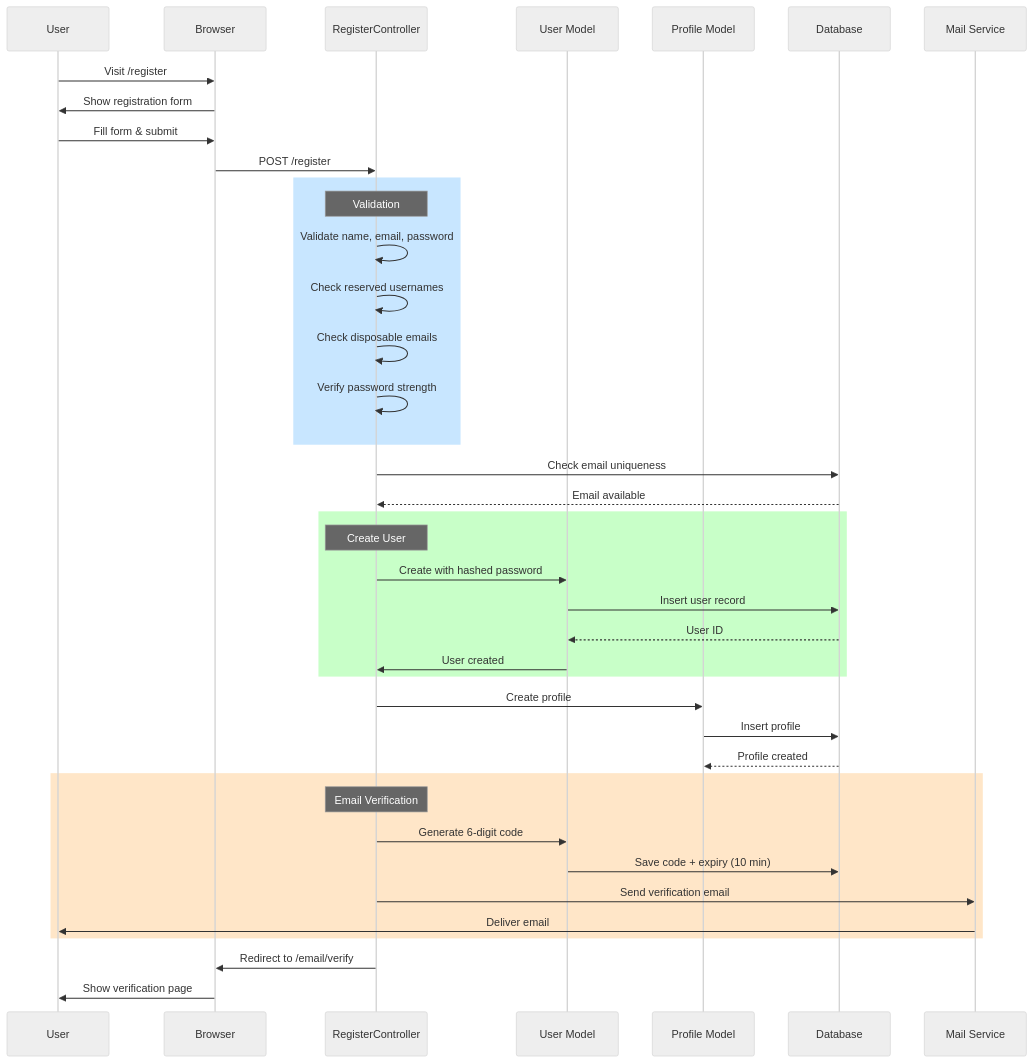
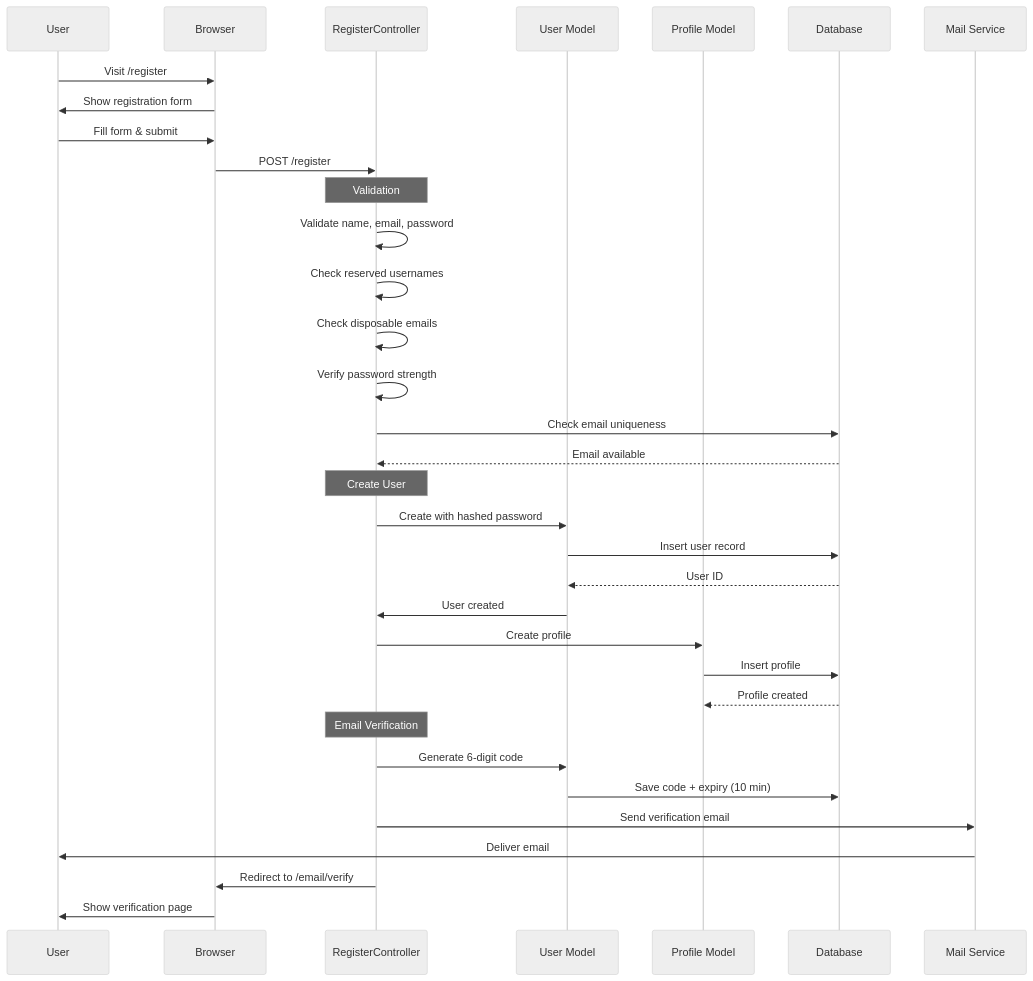
The fourth of 28 diagrams in UML.md (vd120/laravel_project), drawn with Mermaid (neutral theme) before and after one commit. The commit also changed other lines of this file, not shown here.

````diff
--- a/UML.md
+++ b/UML.md
@@ -907,49 +641,43 @@
 ```mermaid
 sequenceDiagram
     participant U as User
     participant B as Browser
     participant RC as RegisterController
     participant UserM as User Model
     participant ProfileM as Profile Model
     participant DB as Database
     participant Mail as Mail Service
 
     U->>B: Visit /register
     B->>U: Show registration form
     U->>B: Fill form & submit
     B->>RC: POST /register
 
-    rect rgb(200, 230, 255)
-        Note over RC: Validation
-        RC->>RC: Validate name, email, password
-        RC->>RC: Check reserved usernames
-        RC->>RC: Check disposable emails
-        RC->>RC: Verify password strength
-    end
+    Note over RC: Validation
+    RC->>RC: Validate name, email, password
+    RC->>RC: Check reserved usernames
+    RC->>RC: Check disposable emails
+    RC->>RC: Verify password strength
 
     RC->>DB: Check email uniqueness
     DB-->>RC: Email available
 
-    rect rgb(200, 255, 200)
-        Note over RC: Create User
-        RC->>UserM: Create with hashed password
-        UserM->>DB: Insert user record
-        DB-->>UserM: User ID
-        UserM->>RC: User created
-    end
+    Note over RC: Create User
+    RC->>UserM: Create with hashed password
+    UserM->>DB: Insert user record
+    DB-->>UserM: User ID
+    UserM->>RC: User created
 
     RC->>ProfileM: Create profile
     ProfileM->>DB: Insert profile
     DB-->>ProfileM: Profile created
 
-    rect rgb(255, 230, 200)
-        Note over RC: Email Verification
-        RC->>UserM: Generate 6-digit code
-        UserM->>DB: Save code + expiry (10 min)
-        RC->>Mail: Send verification email
-        Mail->>U: Deliver email
-    end
+    Note over RC: Email Verification
+    RC->>UserM: Generate 6-digit code
+    UserM->>DB: Save code + expiry (10 min)
+    RC->>Mail: Send verification email
+    Mail->>U: Deliver email
 
     RC->>B: Redirect to /email/verify
     B->>U: Show verification page
 ```
````
